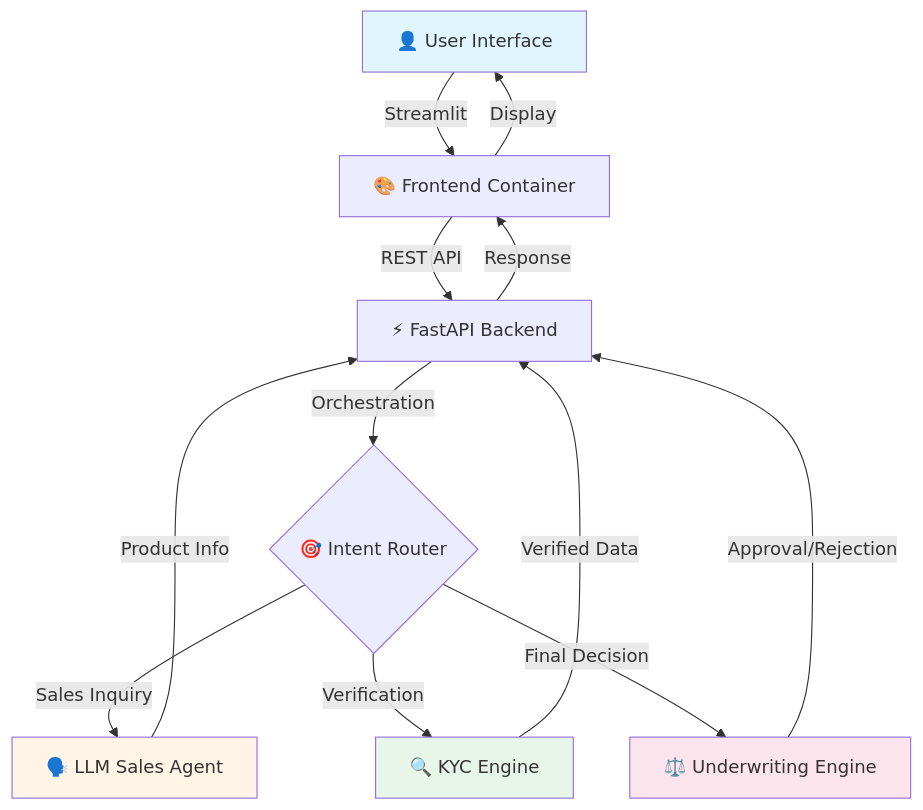
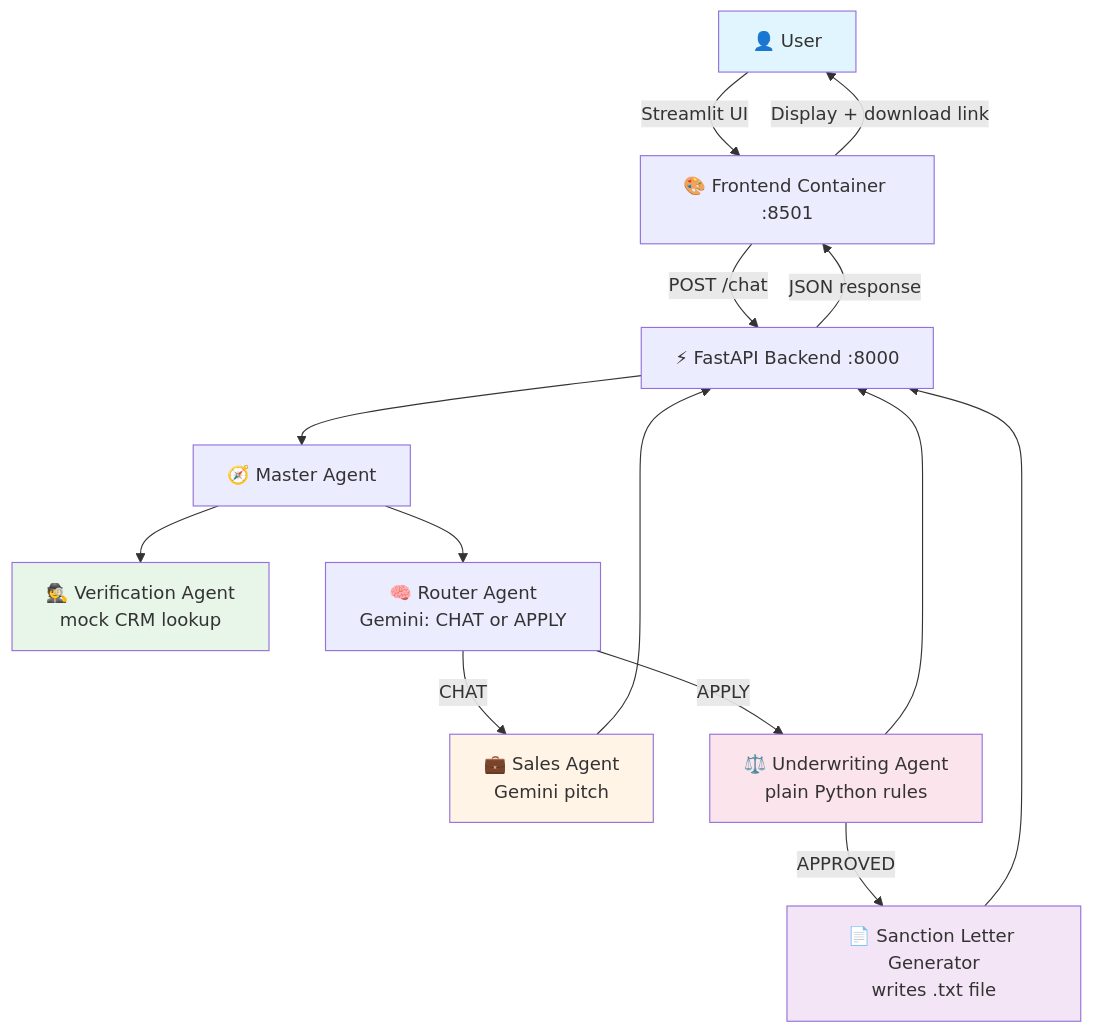
One commit to nehaw04/Loan-Processing-Multi-Agent-System changed the diagram in README.md. Above: the diagram before and after it, drawn with Mermaid. The commit also changed other lines of this file, not shown here.

````diff
--- a/README.md
+++ b/README.md
@@ -83,19 +89,22 @@
 ```mermaid
 graph TB
-    A[👤 User Interface] -->|Streamlit| B[🎨 Frontend Container]
-    B -->|REST API| C[⚡ FastAPI Backend]
-    C -->|Orchestration| D{🎯 Intent Router}
-    D -->|Sales Inquiry| E[🗣️ LLM Sales Agent]
-    D -->|Verification| F[🔍 KYC Engine]
-    D -->|Final Decision| G[⚖️ Underwriting Engine]
-    E -->|Product Info| C
-    F -->|Verified Data| C
-    G -->|Approval/Rejection| C
-    C -->|Response| B
-    B -->|Display| A
-    
+    A[👤 User] -->|Streamlit UI| B[🎨 Frontend Container :8501]
+    B -->|POST /chat| C[⚡ FastAPI Backend :8000]
+    C --> M[🧭 Master Agent]
+    M --> V[🕵️ Verification Agent<br/>mock CRM lookup]
+    M --> R[🧠 Router Agent<br/>Gemini: CHAT or APPLY]
+    R -->|CHAT| S[💼 Sales Agent<br/>Gemini pitch]
+    R -->|APPLY| U[⚖️ Underwriting Agent<br/>plain Python rules]
+    U -->|APPROVED| G[📄 Sanction Letter Generator<br/>writes .txt file]
+    S --> C
+    U --> C
+    G --> C
+    C -->|JSON response| B
+    B -->|Display + download link| A
+
     style A fill:#e1f5ff
-    style E fill:#fff4e6
-    style F fill:#e8f5e9
-    style G fill:#fce4ec
+    style S fill:#fff4e6
+    style V fill:#e8f5e9
+    style U fill:#fce4ec
+    style G fill:#f3e5f5
 ```
````
